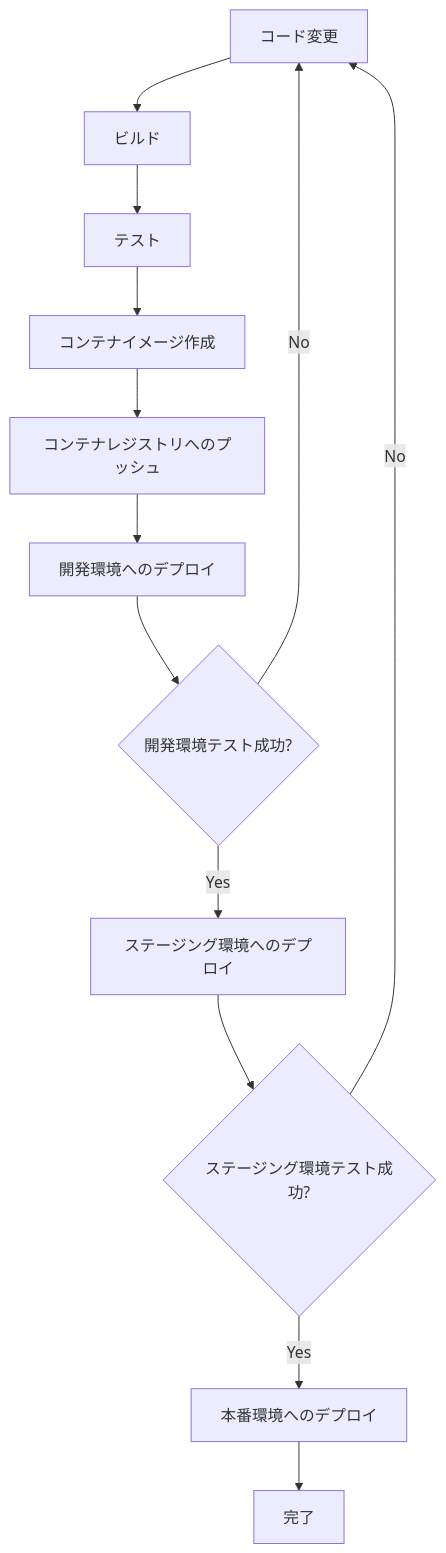
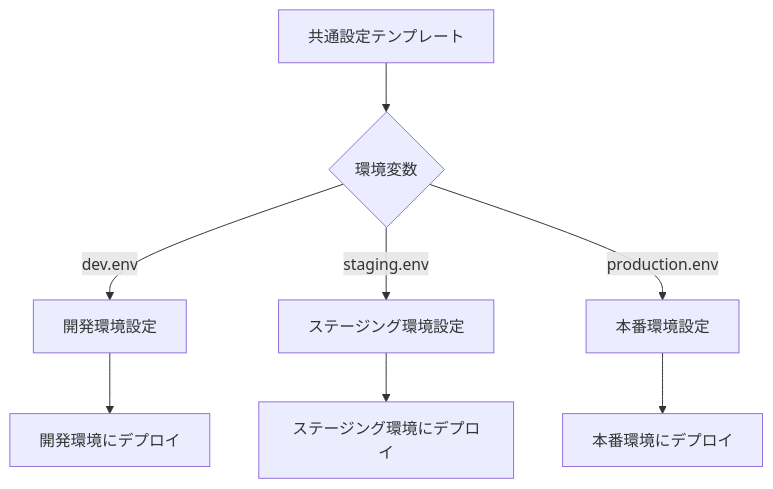
Before and after one commit to bufferings/devin-docs: the diagram in ecspresso/practical/multi-env.md, drawn with Mermaid. The commit also changed other lines of this file and 31 other files, not shown here.

````diff
--- a/ecspresso/practical/multi-env.md
+++ b/ecspresso/practical/multi-env.md
@@ -200,15 +77,10 @@
 ```mermaid
 graph TD
-    A[コード変更] --> B[ビルド]
-    B --> C[テスト]
-    C --> D[コンテナイメージ作成]
-    D --> E[コンテナレジストリへのプッシュ]
-    E --> F[開発環境へのデプロイ]
-    F --> G{開発環境テスト成功?}
-    G -->|Yes| H[ステージング環境へのデプロイ]
-    G -->|No| A
-    H --> I{ステージング環境テスト成功?}
-    I -->|Yes| J[本番環境へのデプロイ]
-    I -->|No| A
-    J --> K[完了]
+    A[共通設定テンプレート] --> B{環境変数}
+    B -->|dev.env| C[開発環境設定]
+    B -->|staging.env| D[ステージング環境設定]
+    B -->|production.env| E[本番環境設定]
+    C --> F[開発環境にデプロイ]
+    D --> G[ステージング環境にデプロイ]
+    E --> H[本番環境にデプロイ]
 ```
````
